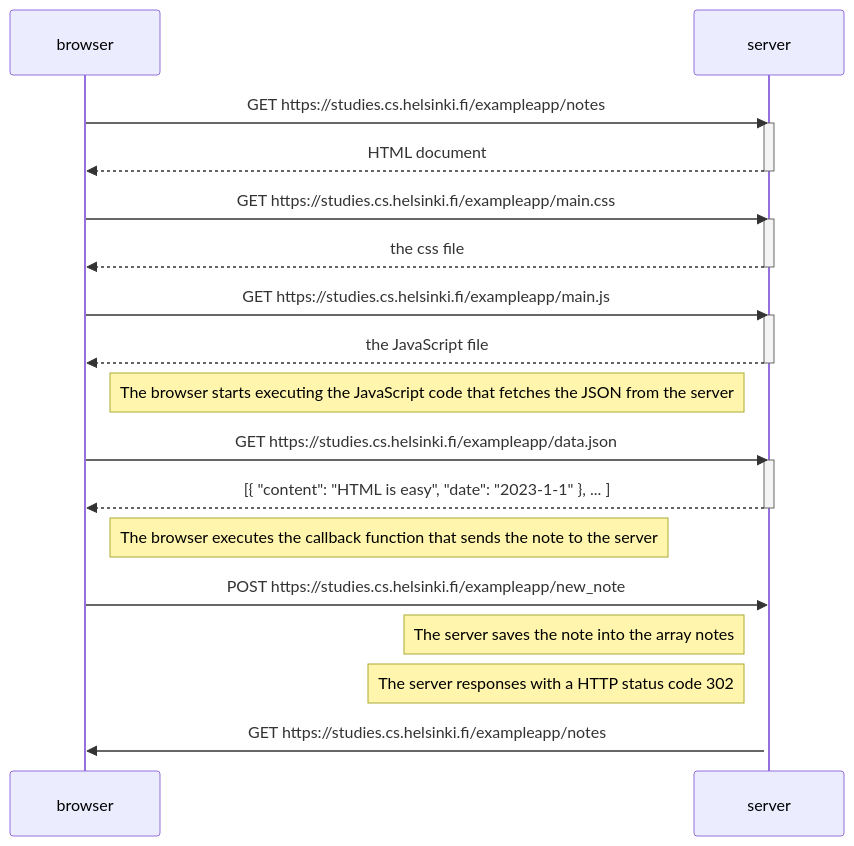
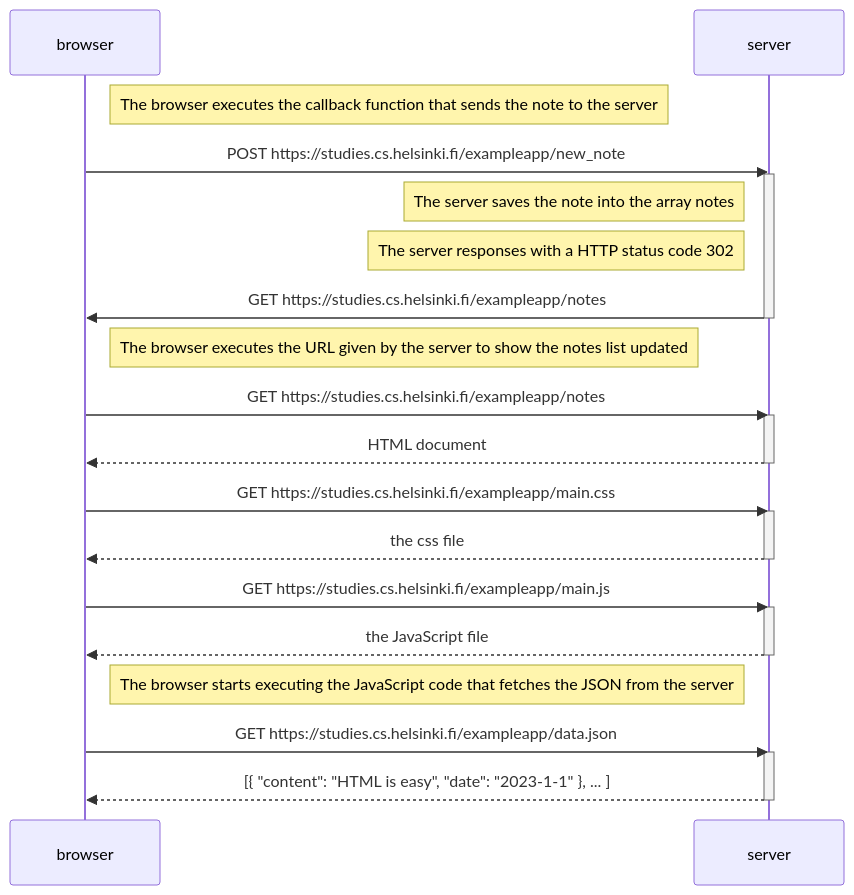
The diagram in part0/04.md (claudiainbytes/fullstackopen), drawn with Mermaid before and after one commit.

````diff
--- a/part0/04.md
+++ b/part0/04.md
@@ -1,37 +1,39 @@
 ```mermaid
 sequenceDiagram
     participant browser
     participant server
+
+    Note right of browser: The browser executes the callback function that sends the note to the server
+
+    browser->>server: POST https://studies.cs.helsinki.fi/exampleapp/new_note
+    activate server
+
+    Note left of server: The server saves the note into the array notes
+    Note left of server:  The server responses with a HTTP status code 302
+    server->>browser: GET https://studies.cs.helsinki.fi/exampleapp/notes
+    deactivate server
+
+    Note right of browser: The browser executes the URL given by the server to show the notes list updated
 
     browser->>server: GET https://studies.cs.helsinki.fi/exampleapp/notes
     activate server
     server-->>browser: HTML document
     deactivate server
 
     browser->>server: GET https://studies.cs.helsinki.fi/exampleapp/main.css
     activate server
     server-->>browser: the css file
     deactivate server
 
     browser->>server: GET https://studies.cs.helsinki.fi/exampleapp/main.js
     activate server
     server-->>browser: the JavaScript file
     deactivate server
 
     Note right of browser: The browser starts executing the JavaScript code that fetches the JSON from the server
 
     browser->>server: GET https://studies.cs.helsinki.fi/exampleapp/data.json
     activate server
     server-->>browser: [{ "content": "HTML is easy", "date": "2023-1-1" }, ... ]
     deactivate server
-
-    Note right of browser: The browser executes the callback function that sends the note to the server
-
-    browser->>server: POST https://studies.cs.helsinki.fi/exampleapp/new_note
-    activate server
-
-    Note left of server: The server saves the note into the array notes
-    Note left of server:  The server responses with a HTTP status code 302
-    server->>browser: GET https://studies.cs.helsinki.fi/exampleapp/notes
-
 ```
````
